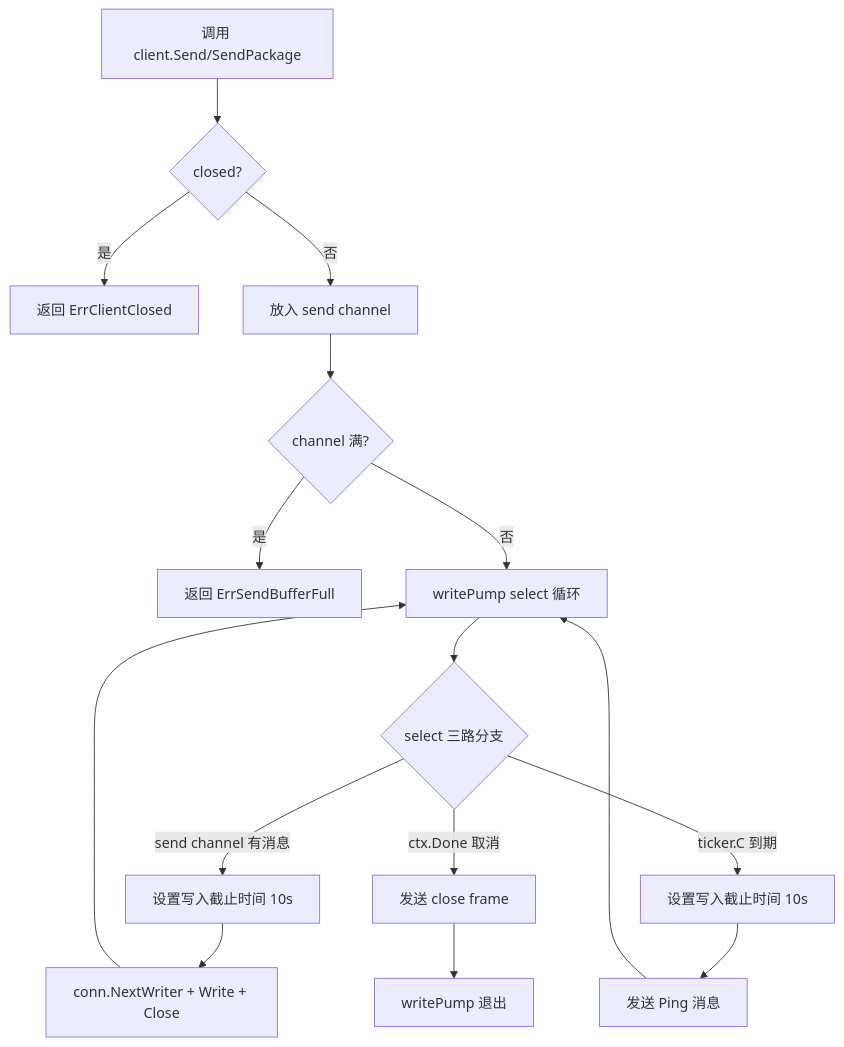
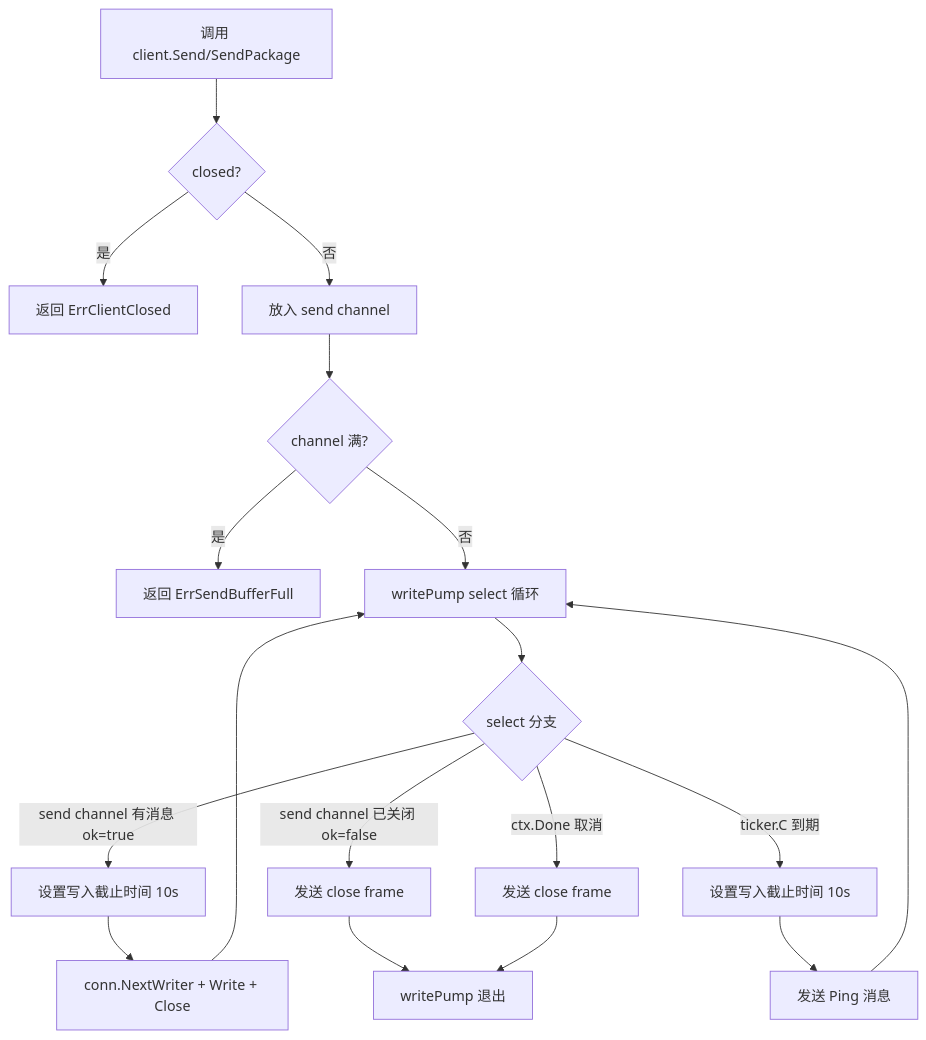
The fourth of 9 diagrams in wiki/flows/websocket.md (PineappleBond/xyncra-server), drawn with Mermaid before and after one commit. The commit also changed other lines of this file and 19 other files, not shown here.

````diff
--- a/wiki/flows/websocket.md
+++ b/wiki/flows/websocket.md
@@ -208,18 +210,20 @@
 ```mermaid
 flowchart TD
     A[调用 client.Send/SendPackage] --> B{closed?}
     B -->|是| C[返回 ErrClientClosed]
     B -->|否| D[放入 send channel]
     D --> E{channel 满?}
     E -->|是| F[返回 ErrSendBufferFull]
     E -->|否| G[writePump select 循环]
-    G --> H{select 三路分支}
-    H -->|send channel 有消息| I[设置写入截止时间 10s]
+    G --> H{select 分支}
+    H -->|send channel 有消息 ok=true| I[设置写入截止时间 10s]
     I --> J[conn.NextWriter + Write + Close]
     J --> G
+    H -->|send channel 已关闭 ok=false| M2[发送 close frame]
+    M2 --> N[writePump 退出]
     H -->|ticker.C 到期| K[设置写入截止时间 10s]
     K --> L[发送 Ping 消息]
     L --> G
     H -->|ctx.Done 取消| M[发送 close frame]
-    M --> N[writePump 退出]
+    M --> N
 ```
````
